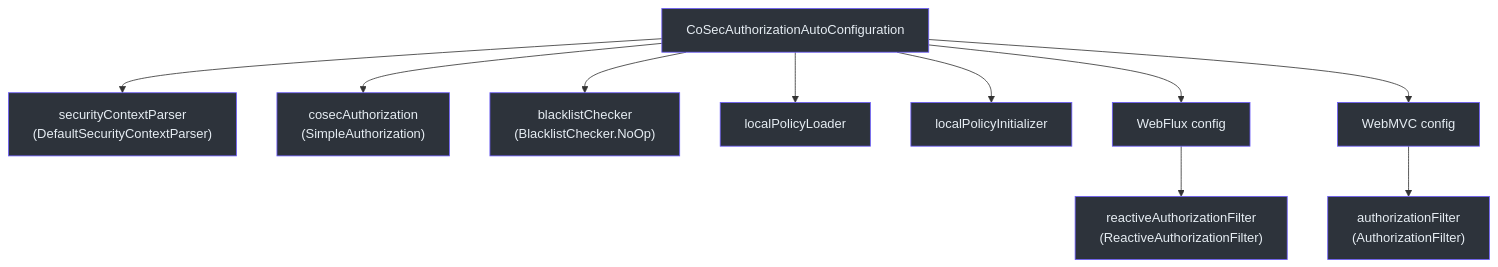
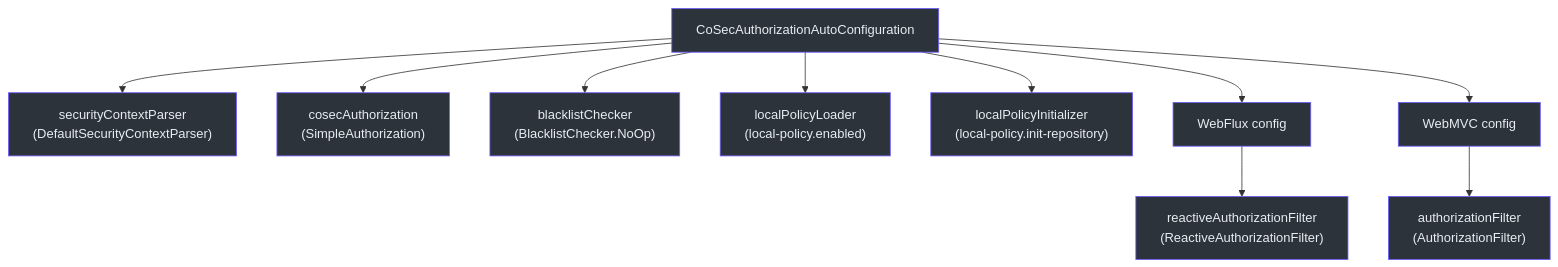
One commit to Ahoo-Wang/CoSec changed the third of 4 diagrams in wiki/deep-dive/extending/auto-configuration.md. Above: the diagram before and after it, drawn with Mermaid. The commit also changed other lines of this file and 59 other files, not shown here.

````diff
--- a/wiki/deep-dive/extending/auto-configuration.md
+++ b/wiki/deep-dive/extending/auto-configuration.md
@@ -106,24 +112,24 @@
 ```mermaid
 graph TD
     A["CoSecAuthorizationAutoConfiguration"] --> B["securityContextParser<br>(DefaultSecurityContextParser)"]
     A --> C["cosecAuthorization<br>(SimpleAuthorization)"]
     A --> D["blacklistChecker<br>(BlacklistChecker.NoOp)"]
-    A --> E["localPolicyLoader"]
-    A --> F["localPolicyInitializer"]
+    A --> E["localPolicyLoader<br>(local-policy.enabled)"]
+    A --> F["localPolicyInitializer<br>(local-policy.init-repository)"]
     A --> G["WebFlux config"]
     A --> H["WebMVC config"]
     G --> I["reactiveAuthorizationFilter<br>(ReactiveAuthorizationFilter)"]
     H --> J["authorizationFilter<br>(AuthorizationFilter)"]
 
     style A fill:#2d333b,stroke:#6d5dfc,color:#e6edf3
     style B fill:#2d333b,stroke:#6d5dfc,color:#e6edf3
     style C fill:#2d333b,stroke:#6d5dfc,color:#e6edf3
     style D fill:#2d333b,stroke:#6d5dfc,color:#e6edf3
     style E fill:#2d333b,stroke:#6d5dfc,color:#e6edf3
     style F fill:#2d333b,stroke:#6d5dfc,color:#e6edf3
     style G fill:#2d333b,stroke:#6d5dfc,color:#e6edf3
     style H fill:#2d333b,stroke:#6d5dfc,color:#e6edf3
     style I fill:#2d333b,stroke:#6d5dfc,color:#e6edf3
     style J fill:#2d333b,stroke:#6d5dfc,color:#e6edf3
 
 ```
````
